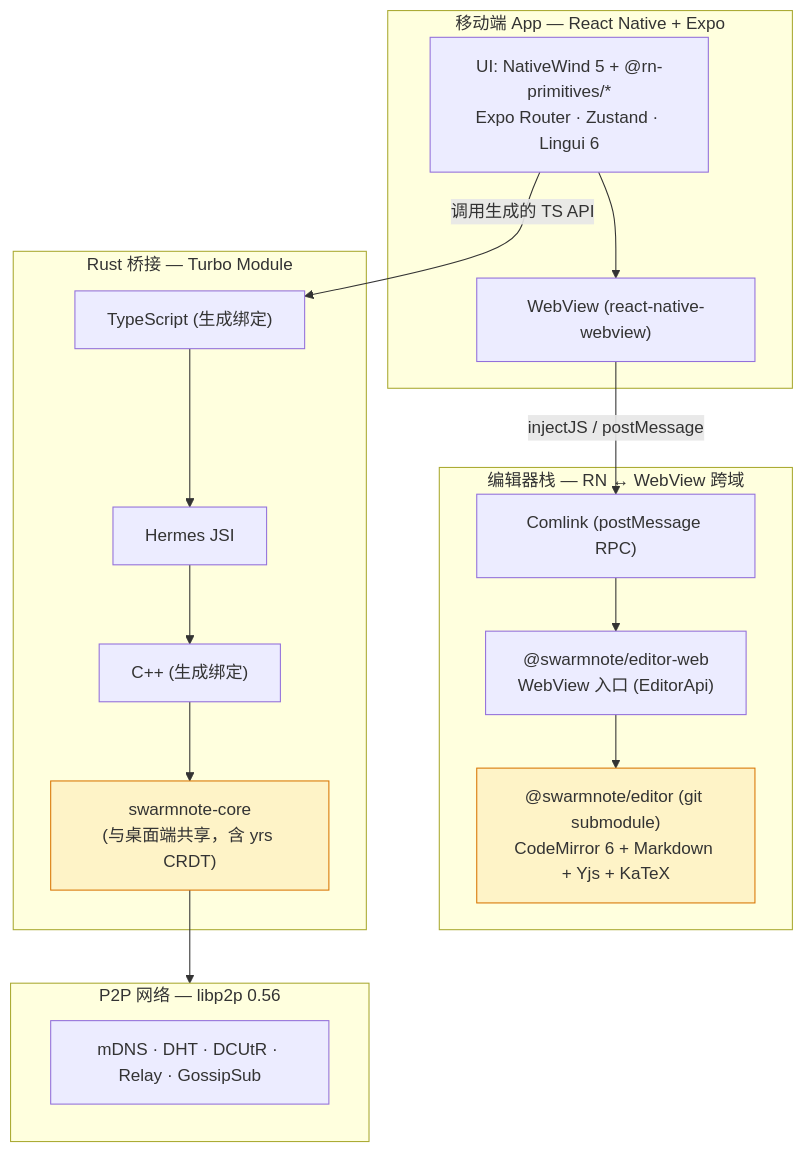
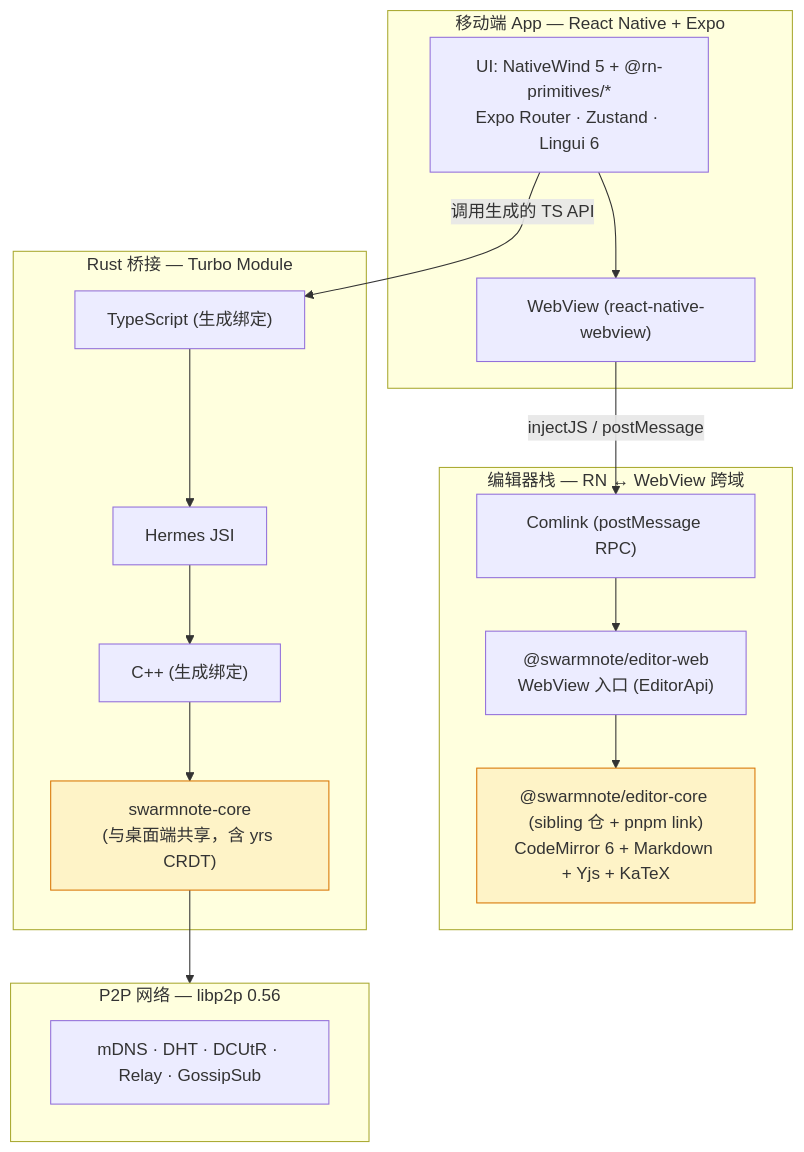
The diagram in README.md (yexiyue/SwarmNote-RN), drawn with Mermaid before and after one commit. The commit also changed other lines of this file and 6 other files, not shown here.

Commit message:
docs: update onboarding for editor-core link workflow

````diff
--- a/README.md
+++ b/README.md
@@ -146,37 +159,37 @@
 ```mermaid
 graph TB
     subgraph App["移动端 App — React Native + Expo"]
         UI["UI: NativeWind 5 + @rn-primitives/*<br/>Expo Router · Zustand · Lingui 6"]
         WV["WebView (react-native-webview)"]
     end
 
     subgraph Editor["编辑器栈 — RN ↔ WebView 跨域"]
         Bridge["Comlink (postMessage RPC)"]
         EditorWeb["@swarmnote/editor-web<br/>WebView 入口 (EditorApi)"]
-        EditorCore["@swarmnote/editor (git submodule)<br/>CodeMirror 6 + Markdown + Yjs + KaTeX"]
+        EditorCore["@swarmnote/editor-core (sibling 仓 + pnpm link)<br/>CodeMirror 6 + Markdown + Yjs + KaTeX"]
     end
 
     subgraph Bridge2["Rust 桥接 — Turbo Module"]
         TS["TypeScript (生成绑定)"]
         JSI["Hermes JSI"]
         Cpp["C++ (生成绑定)"]
         Rust["swarmnote-core<br/>(与桌面端共享，含 yrs CRDT)"]
     end
 
     subgraph P2P["P2P 网络 — libp2p 0.56"]
         Net["mDNS · DHT · DCUtR · Relay · GossipSub"]
     end
 
     UI --> WV
     WV -- "injectJS / postMessage" --> Bridge
     Bridge --> EditorWeb
     EditorWeb --> EditorCore
     UI -- "调用生成的 TS API" --> TS
     TS --> JSI
     JSI --> Cpp
     Cpp --> Rust
     Rust --> P2P
 
     style Rust fill:#fef3c7,stroke:#d97706
     style EditorCore fill:#fef3c7,stroke:#d97706
 ```
````
